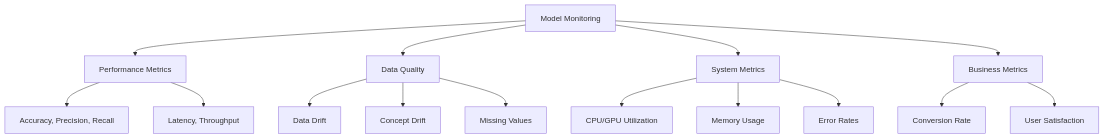
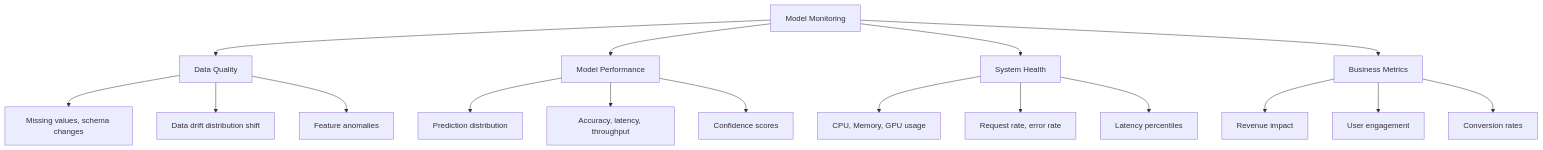
One commit to vanos001/placement_prep changed the diagram in src/ml/mlops/monitoring.md. Above: the diagram before and after it, drawn with Mermaid. The commit also changed other lines of this file and 20 other files, not shown here.

````diff
--- a/src/ml/mlops/monitoring.md
+++ b/src/ml/mlops/monitoring.md
@@ -9,22 +9,19 @@
 ```mermaid
 graph TD
-    MONITORING[Model Monitoring]
-    MONITORING --> PERF[Performance Metrics]
-    MONITORING --> DATA[Data Quality]
-    MONITORING --> SYSTEM[System Metrics]
-    MONITORING --> BUSINESS[Business Metrics]
-
-    PERF --> P1[Accuracy, Precision, Recall]
-    PERF --> P2[Latency, Throughput]
-
-    DATA --> D1[Data Drift]
-    DATA --> D2[Concept Drift]
-    DATA --> D3[Missing Values]
-
-    SYSTEM --> S1[CPU/GPU Utilization]
-    SYSTEM --> S2[Memory Usage]
-    SYSTEM --> S3[Error Rates]
-
-    BUSINESS --> B1[Conversion Rate]
-    BUSINESS --> B2[User Satisfaction]
+    A[Model Monitoring] --> B[Data Quality]
+    A --> C[Model Performance]
+    A --> D[System Health]
+    A --> E[Business Metrics]
+    B --> B1[Missing values, schema changes]
+    B --> B2[Data drift distribution shift]
+    B --> B3[Feature anomalies]
+    C --> C1[Prediction distribution]
+    C --> C2[Accuracy, latency, throughput]
+    C --> C3[Confidence scores]
+    D --> D1[CPU, Memory, GPU usage]
+    D --> D2[Request rate, error rate]
+    D --> D3[Latency percentiles]
+    E --> E1[Revenue impact]
+    E --> E2[User engagement]
+    E --> E3[Conversion rates]
 ```
````
